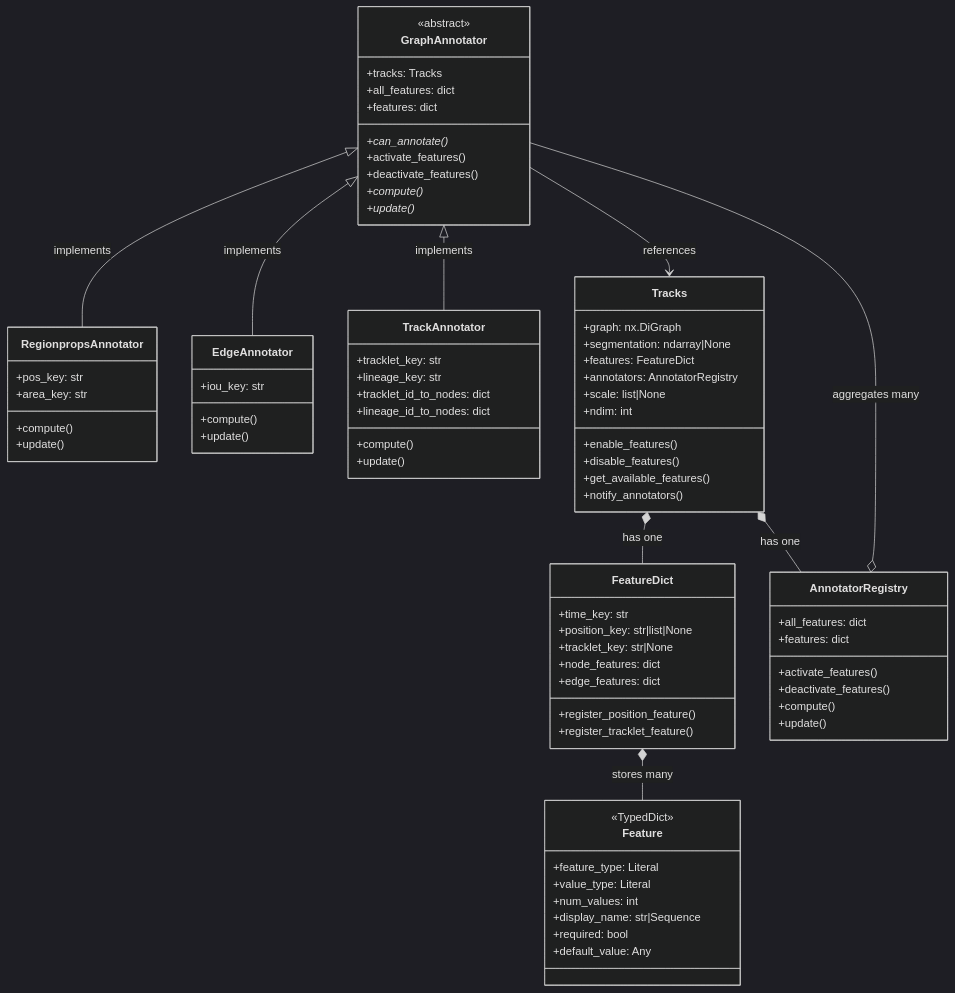
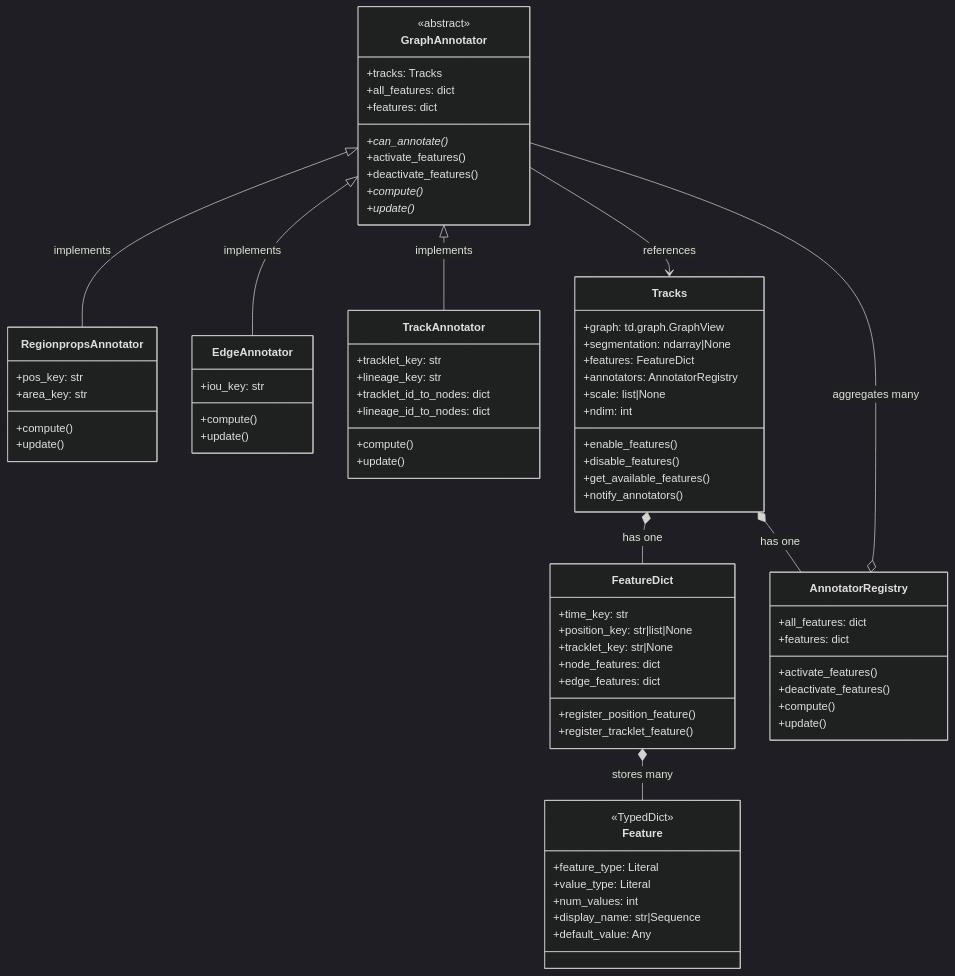
One commit to funkelab/funtracks changed the diagram in docs/features.md. Above: the diagram before and after it, drawn with Mermaid (dark theme). The commit also changed other lines of this file and 107 other files, not shown here.

```diff
--- a/docs/features.md
+++ b/docs/features.md
@@ -92,7 +92,6 @@
         +value_type: Literal
         +num_values: int
         +display_name: str|Sequence
-        +required: bool
         +default_value: Any
     }
 
@@ -150,7 +149,7 @@
     }
 
     class Tracks {
-        +graph: nx.DiGraph
+        +graph: td.graph.GraphView
         +segmentation: ndarray|None
         +features: FeatureDict
         +annotators: AnnotatorRegistry
```
